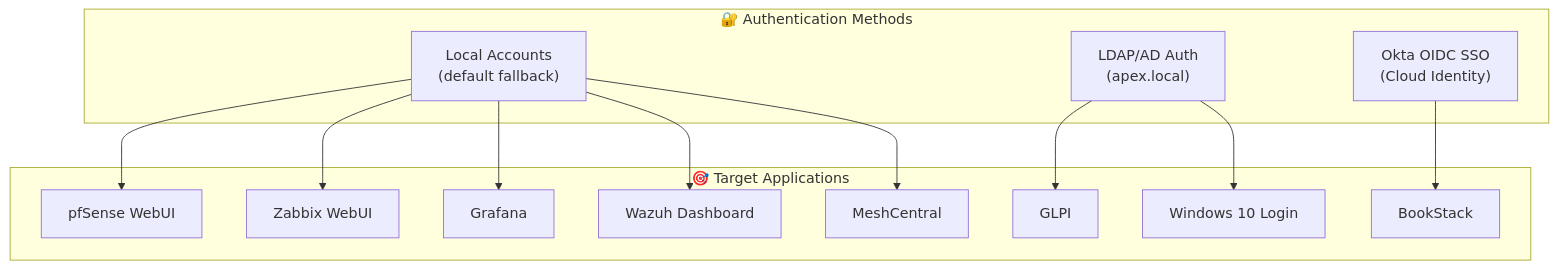
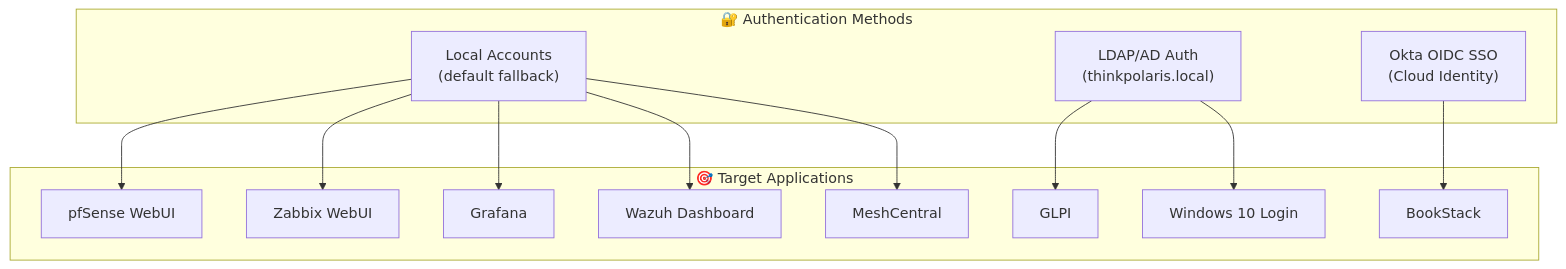
Before and after one commit to abin-az/InternshipTrainingLab: the fifth of 6 diagrams in architecture/ecosystem_map.md, drawn with Mermaid. The commit also changed other lines of this file and 13 other files, not shown here.

Commit message:
feat: standardize organizational identity and domain namespace to Think Polaris (thinkpolaris.local / thinkpolaris.com)

````diff
--- a/architecture/ecosystem_map.md
+++ b/architecture/ecosystem_map.md
@@ -314,28 +314,28 @@
 ```mermaid
 flowchart TD
     subgraph AUTH["🔐 Authentication Methods"]
         LOCAL["Local Accounts\n(default fallback)"]
-        LDAP["LDAP/AD Auth\n(apex.local)"]
+        LDAP["LDAP/AD Auth\n(thinkpolaris.local)"]
         SSO["Okta OIDC SSO\n(Cloud Identity)"]
     end
 
     subgraph TARGETS["🎯 Target Applications"]
         GLPI_T["GLPI"]
         BS_T["BookStack"]
         W10_T["Windows 10 Login"]
         PF_T["pfSense WebUI"]
         ZAB_T["Zabbix WebUI"]
         GRA_T["Grafana"]
         WAZ_T["Wazuh Dashboard"]
         MC_T["MeshCentral"]
     end
 
     LDAP --> GLPI_T
     LDAP --> W10_T
     SSO --> BS_T
     LOCAL --> PF_T
     LOCAL --> ZAB_T
     LOCAL --> GRA_T
     LOCAL --> WAZ_T
     LOCAL --> MC_T
 ```
````
